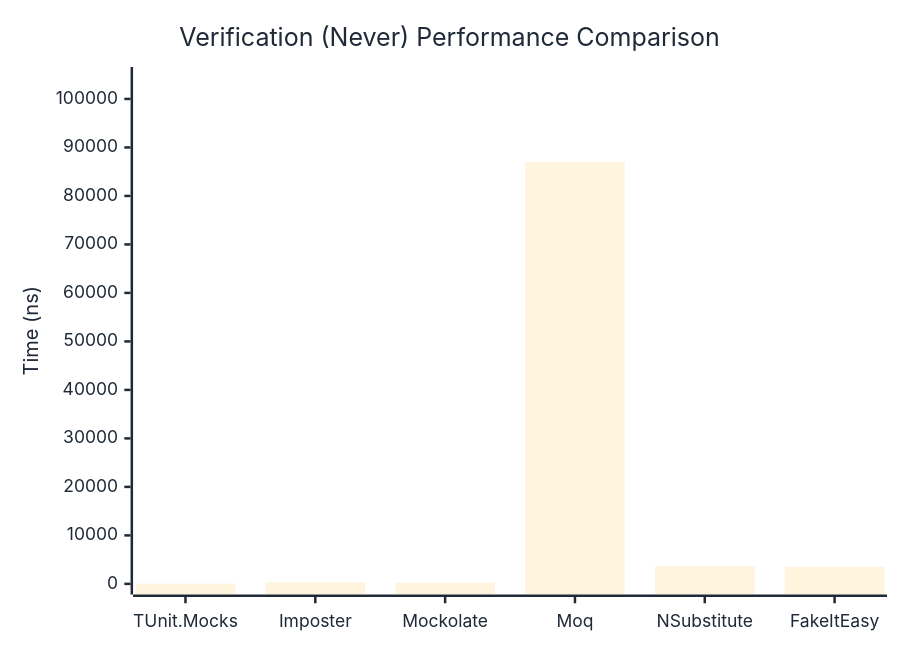
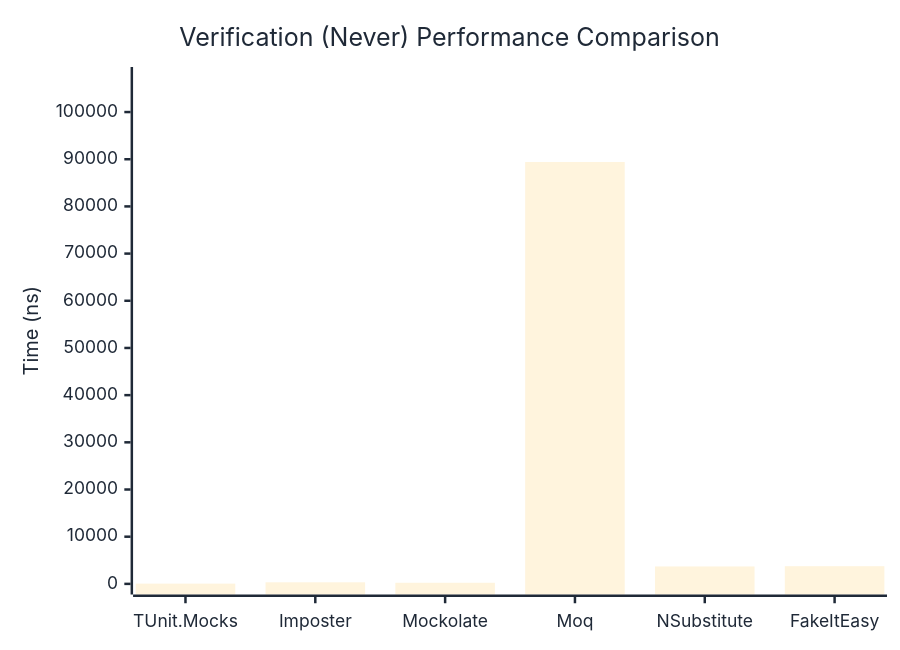
The second of 3 diagrams in docs/docs/benchmarks/mocks/Verification.md (thomhurst/TUnit), drawn with Mermaid before and after one commit. The commit also changed other lines of this file and 14 other files, not shown here.

````diff
--- a/docs/docs/benchmarks/mocks/Verification.md
+++ b/docs/docs/benchmarks/mocks/Verification.md
@@ -71,27 +71,27 @@
 ```mermaid
 %%{init: {
   'theme':'base',
   'themeVariables': {
     'primaryColor': '#2563eb',
     'primaryTextColor': '#1f2937',
     'primaryBorderColor': '#1e40af',
     'lineColor': '#6b7280',
     'secondaryColor': '#7c3aed',
     'tertiaryColor': '#dc2626',
     'background': '#ffffff',
     'pie1': '#2563eb',
     'pie2': '#7c3aed',
     'pie3': '#dc2626',
     'pie4': '#f59e0b',
     'pie5': '#10b981',
     'pie6': '#06b6d4',
     'pie7': '#ec4899',
     'pie8': '#6366f1'
   }
 }}%%
 xychart-beta
   title "Verification (Never) Performance Comparison"
   x-axis ["TUnit.Mocks", "Imposter", "Mockolate", "Moq", "NSubstitute", "FakeItEasy"]
-  y-axis "Time (ns)" 0 --> 104396
-  bar [51.93, 322.24, 239.04, 86996.03, 3659.54, 3529.53]
+  y-axis "Time (ns)" 0 --> 107296
+  bar [53.28, 332.58, 237.56, 89412.68, 3694.29, 3750.2]
 ```
````
